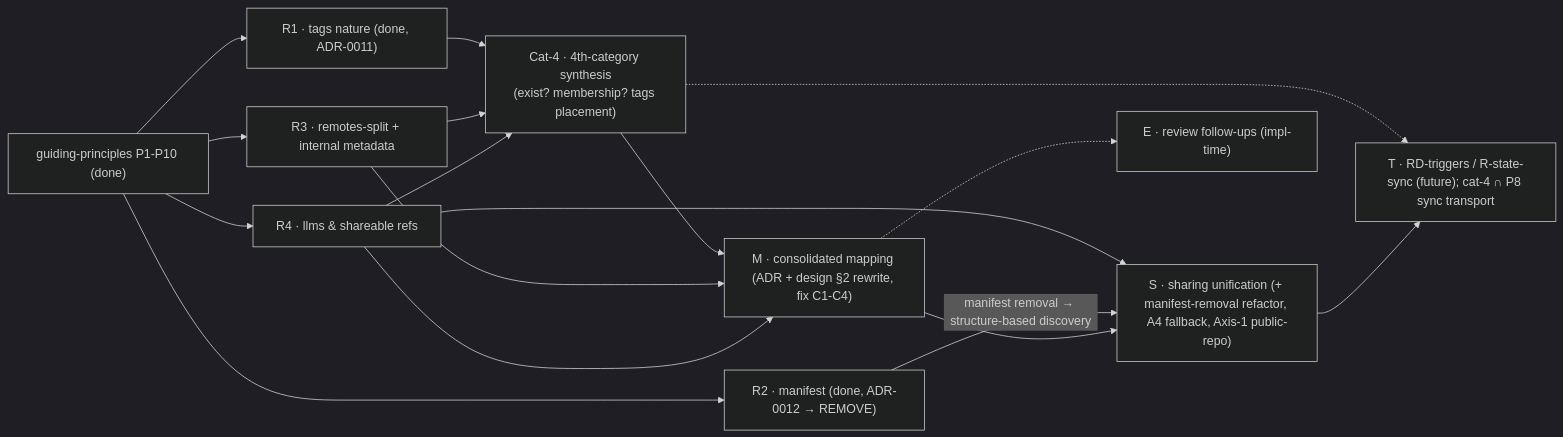
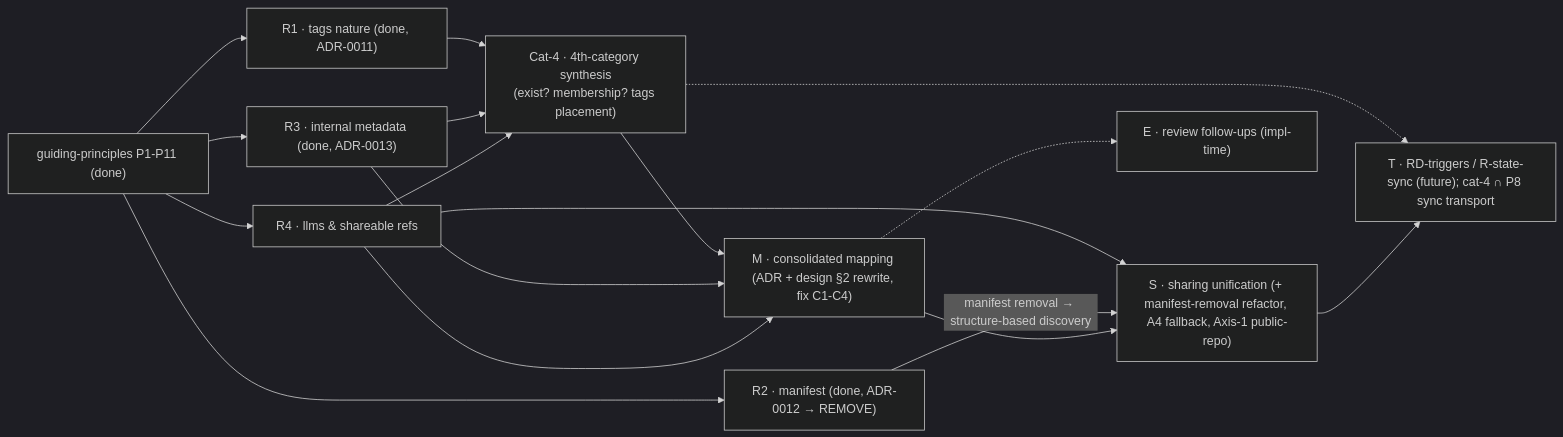
One commit to alergyonthestage/claude-orchestrator changed the diagram in docs/maintainer/configuration/decentralized-config/analysis-roadmap.md. Above: the diagram before and after it, drawn with Mermaid (dark theme). The commit also changed other lines of this file and 4 other files, not shown here.

First line of the commit message:
docs(decentralized-config): R3 resolved — internal metadata split (ADR-0013)

````diff
--- a/docs/maintainer/configuration/decentralized-config/analysis-roadmap.md
+++ b/docs/maintainer/configuration/decentralized-config/analysis-roadmap.md
@@ -156,19 +175,19 @@
 ```mermaid
 flowchart LR
-  P["guiding-principles P1-P10 (done)"] --> R1["R1 · tags nature (done, ADR-0011)"]
+  P["guiding-principles P1-P11 (done)"] --> R1["R1 · tags nature (done, ADR-0011)"]
   P --> R2["R2 · manifest (done, ADR-0012 → REMOVE)"]
-  P --> R3["R3 · remotes-split + internal metadata"]
+  P --> R3["R3 · internal metadata (done, ADR-0013)"]
   P --> R4["R4 · llms & shareable refs"]
   R1 --> C4["Cat-4 · 4th-category synthesis<br/>(exist? membership? tags placement)"]
   R3 --> C4
   R4 --> C4
   C4 --> M["M · consolidated mapping (ADR + design §2 rewrite, fix C1-C4)"]
   R3 --> M
   R4 --> M
   R4 --> S["S · sharing unification (+ manifest-removal refactor, A4 fallback, Axis-1 public-repo)"]
   R2 -- "manifest removal → structure-based discovery" --> S
   M --> S
   C4 -.-> T["T · RD-triggers / R-state-sync (future); cat-4 ∩ P8 sync transport"]
   S --> T
   M -.-> E["E · review follow-ups (impl-time)"]
 ```
````
